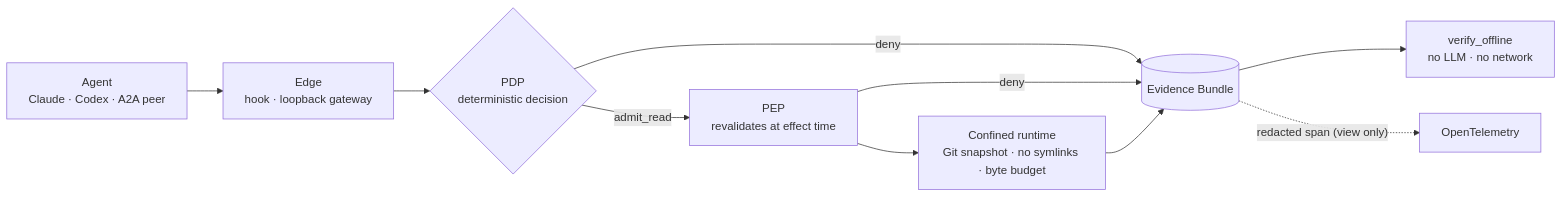
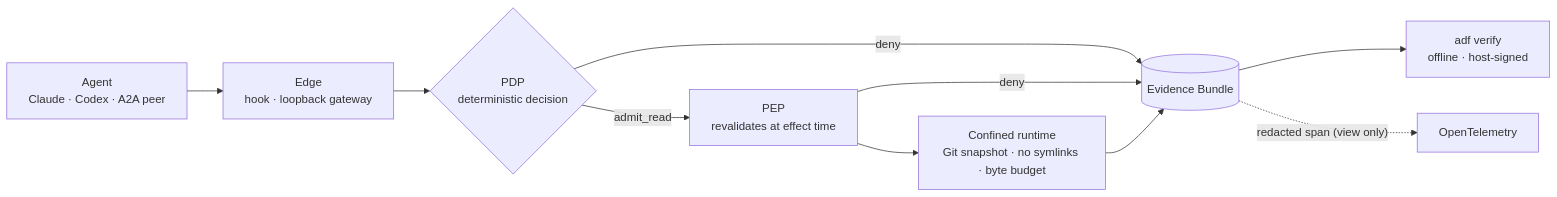
One commit to Joaolucas2210/agent-effect-security changed the diagram in README.md. Above: the diagram before and after it, drawn with Mermaid. The commit also changed other lines of this file and 1 other file, not shown here.

````diff
--- a/README.md
+++ b/README.md
@@ -40,12 +48,12 @@
 ```mermaid
 flowchart LR
   A["Agent<br/>Claude · Codex · A2A peer"] --> E["Edge<br/>hook · loopback gateway"]
   E --> P{"PDP<br/>deterministic decision"}
   P -- deny --> B[("Evidence Bundle")]
   P -- admit_read --> F["PEP<br/>revalidates at effect time"]
   F -- deny --> B
   F --> R["Confined runtime<br/>Git snapshot · no symlinks · byte budget"]
   R --> B
-  B --> V["verify_offline<br/>no LLM · no network"]
+  B --> V["adf verify<br/>offline · host-signed"]
   B -. "redacted span (view only)" .-> O["OpenTelemetry"]
 ```
````
